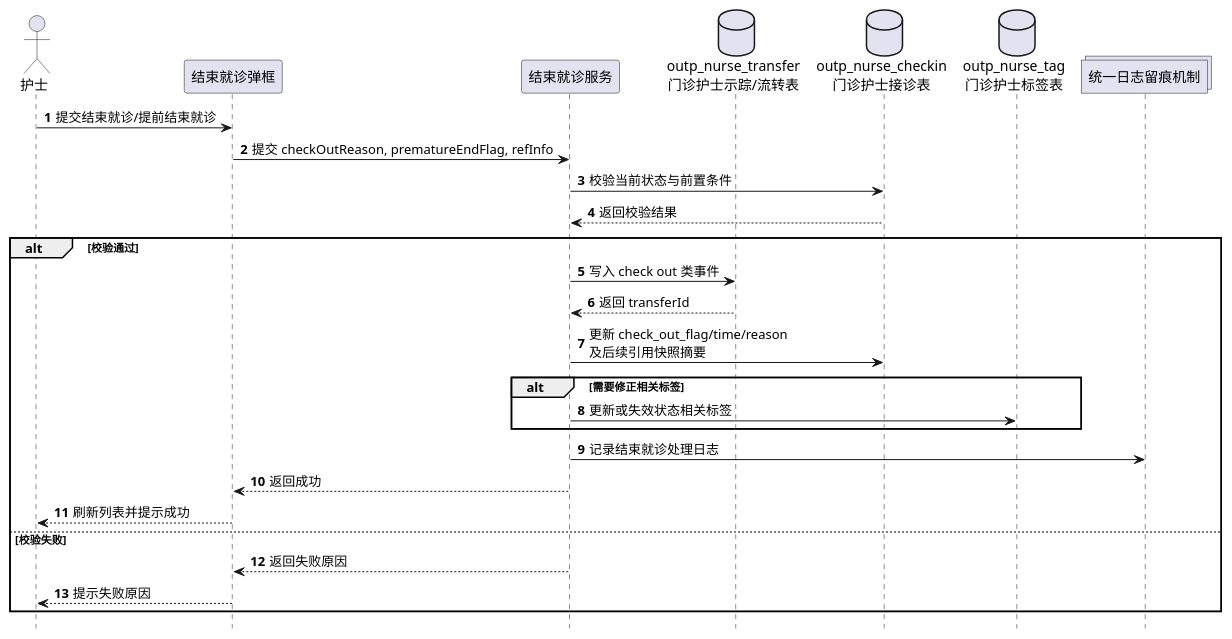
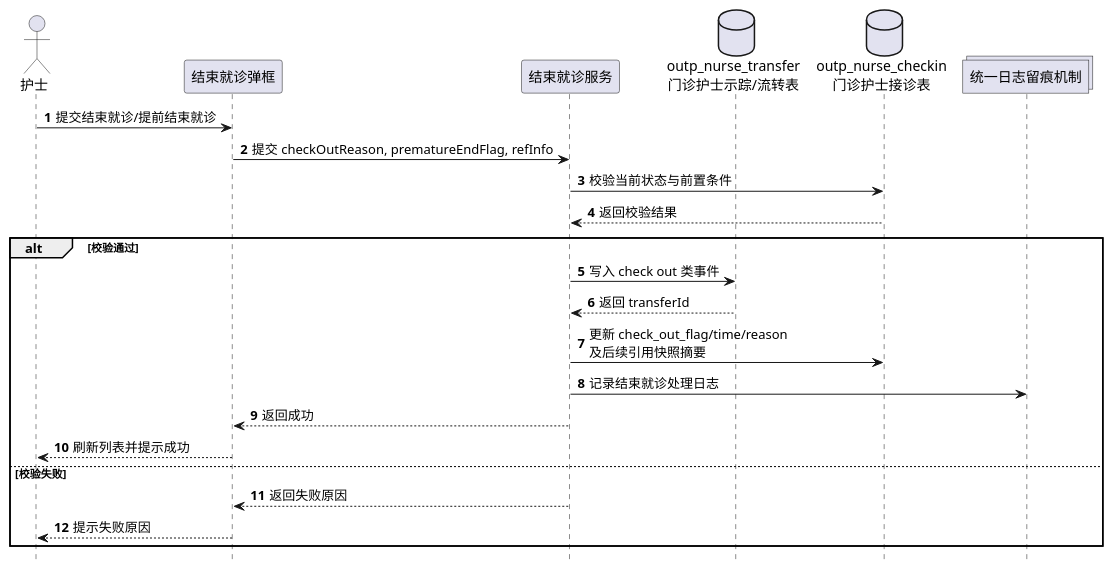
Before and after one commit to tito126/dev-workflow-engine: the fifth of 7 diagrams in work-system/deliverables/outpatient-nurse-station/4.2.4.6-时序图-PlantUML-标签接口调整版.md, drawn with PlantUML. The commit also changed other lines of this file and 1 other file, not shown here.

Commit message:
refine outpatient nurse tag diagrams

````diff
--- a/work-system/deliverables/outpatient-nurse-station/4.2.4.6-时序图-PlantUML-标签接口调整版.md
+++ b/work-system/deliverables/outpatient-nurse-station/4.2.4.6-时序图-PlantUML-标签接口调整版.md
@@ -204,34 +194,30 @@
 ```plantuml
 @startuml
 hide footbox
 
 autonumber
 
 actor "护士" as Nurse
 participant "结束就诊弹框" as EndVisitDialog
 participant "结束就诊服务" as EndVisitService
 database "outp_nurse_transfer\n门诊护士示踪/流转表" as Transfer
 database "outp_nurse_checkin\n门诊护士接诊表" as Checkin
-database "outp_nurse_tag\n门诊护士标签表" as Tag
 collections "统一日志留痕机制" as OpLog
 
 Nurse -> EndVisitDialog: 提交结束就诊/提前结束就诊
 EndVisitDialog -> EndVisitService: 提交 checkOutReason, prematureEndFlag, refInfo
 EndVisitService -> Checkin: 校验当前状态与前置条件
 Checkin --> EndVisitService: 返回校验结果
 alt 校验通过
     EndVisitService -> Transfer: 写入 check out 类事件
     Transfer --> EndVisitService: 返回 transferId
     EndVisitService -> Checkin: 更新 check_out_flag/time/reason\n及后续引用快照摘要
-    alt 需要修正相关标签
-        EndVisitService -> Tag: 更新或失效状态相关标签
-    end
     EndVisitService -> OpLog: 记录结束就诊处理日志
     EndVisitService --> EndVisitDialog: 返回成功
     EndVisitDialog --> Nurse: 刷新列表并提示成功
 else 校验失败
     EndVisitService --> EndVisitDialog: 返回失败原因
     EndVisitDialog --> Nurse: 提示失败原因
 end
 @enduml
 ```
````
